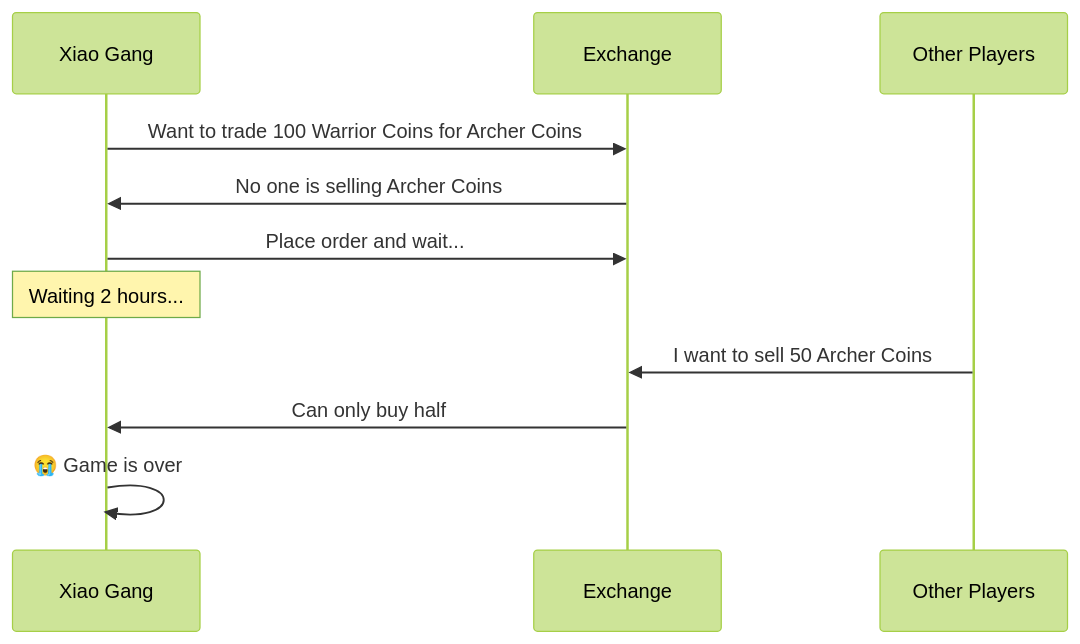
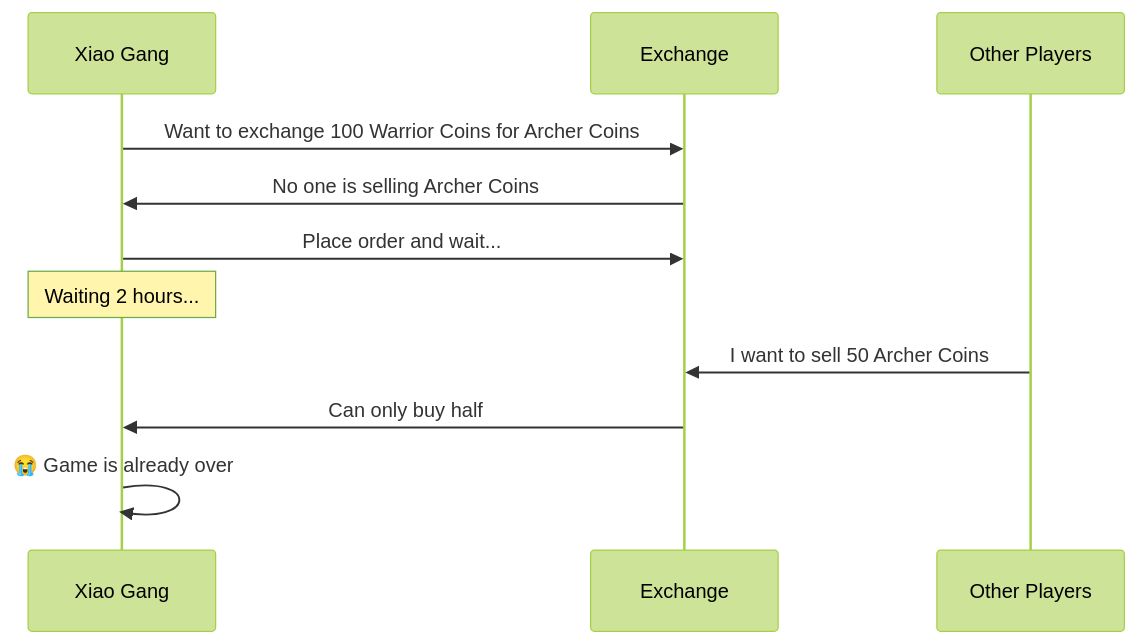
Before and after one commit to pinpetfun/pinpet-book: the seventh of 9 diagrams in doc/AMM_Market_Making.md, drawn with Mermaid (forest theme). The commit also changed other lines of this file and 54 other files, not shown here.

````diff
--- a/doc/AMM_Market_Making.md
+++ b/doc/AMM_Market_Making.md
@@ -285,14 +285,14 @@
 ```mermaid
 sequenceDiagram
     participant Xiao Gang
     participant Exchange
     participant Other Players
-    
-    Xiao Gang->>Exchange: Want to trade 100 Warrior Coins for Archer Coins
+
+    Xiao Gang->>Exchange: Want to exchange 100 Warrior Coins for Archer Coins
     Exchange->>Xiao Gang: No one is selling Archer Coins
     Xiao Gang->>Exchange: Place order and wait...
     Note over Xiao Gang: Waiting 2 hours...
     Other Players->>Exchange: I want to sell 50 Archer Coins
     Exchange->>Xiao Gang: Can only buy half
-    Xiao Gang->>Xiao Gang: 😭 Game is over
+    Xiao Gang->>Xiao Gang: 😭 Game is already over
 ```
````
